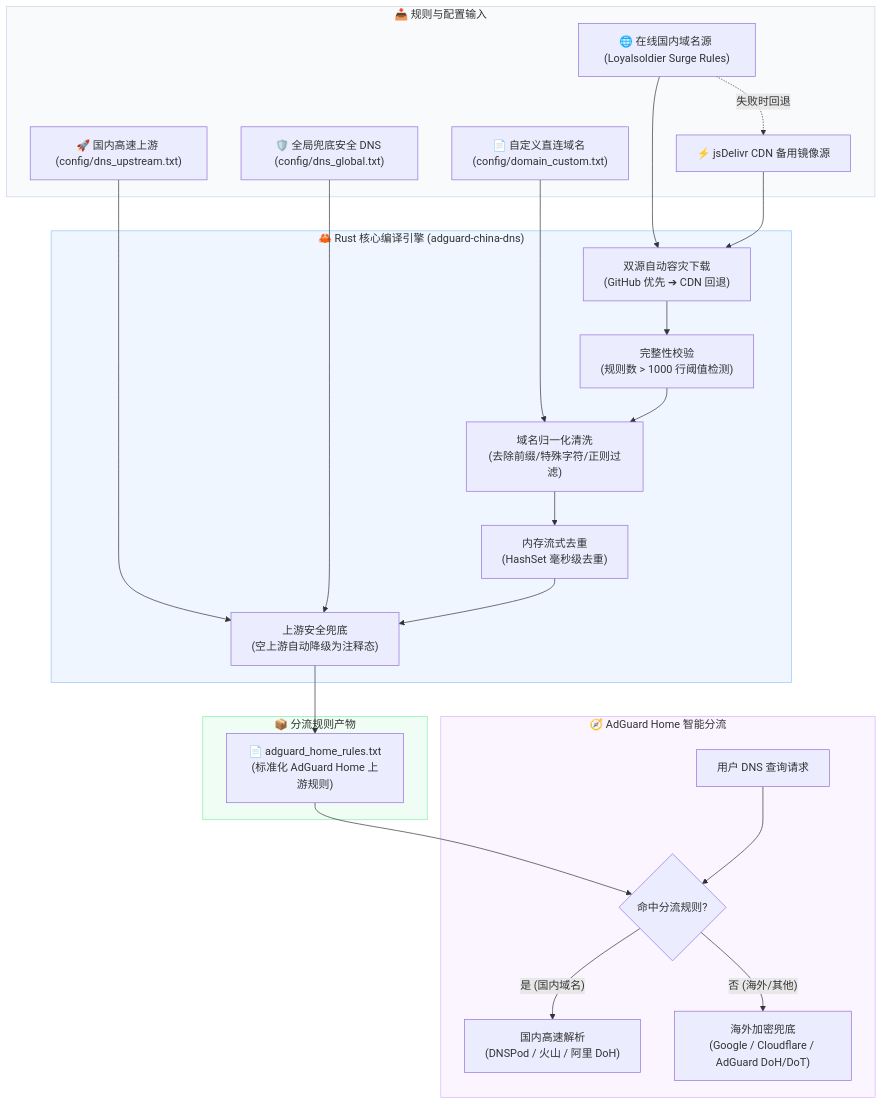
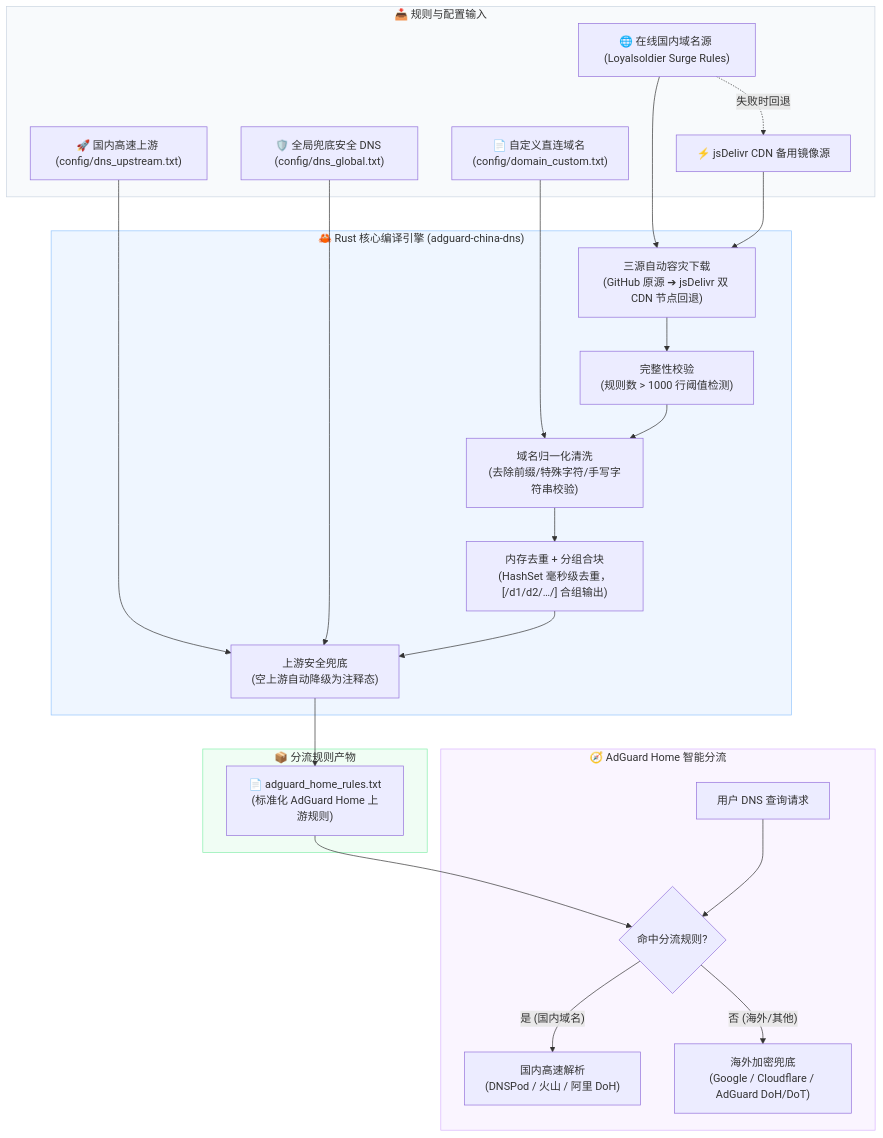
One commit to LianXia233/adguard-china-dns changed the diagram in README.md. Above: the diagram before and after it, drawn with Mermaid. The commit also changed other lines of this file and 9 other files, not shown here.

````diff
--- a/README.md
+++ b/README.md
@@ -53,46 +53,46 @@
 ```mermaid
 flowchart TD
     subgraph Sources["📥 规则与配置输入"]
         A1["🌐 在线国内域名源 (Loyalsoldier Surge Rules)"]
         A2["⚡ jsDelivr CDN 备用镜像源"]
         B1["📄 自定义直连域名 (config/domain_custom.txt)"]
         B2["🚀 国内高速上游 (config/dns_upstream.txt)"]
         B3["🛡️ 全局兜底安全 DNS (config/dns_global.txt)"]
     end
 
     subgraph Engine["🦀 Rust 核心编译引擎 (adguard-china-dns)"]
-        C1["双源自动容灾下载<br/>(GitHub 优先 ➔ CDN 回退)"]
+        C1["三源自动容灾下载<br/>(GitHub 原源 ➔ jsDelivr 双 CDN 节点回退)"]
         C2["完整性校验<br/>(规则数 > 1000 行阈值检测)"]
-        C3["域名归一化清洗<br/>(去除前缀/特殊字符/正则过滤)"]
-        C4["内存流式去重<br/>(HashSet 毫秒级去重)"]
+        C3["域名归一化清洗<br/>(去除前缀/特殊字符/手写字符串校验)"]
+        C4["内存去重 + 分组合块<br/>(HashSet 毫秒级去重，[/d1/d2/…/] 合组输出)"]
         C5["上游安全兜底<br/>(空上游自动降级为注释态)"]
     end
 
     subgraph Output["📦 分流规则产物"]
         D1["📄 adguard_home_rules.txt<br/>(标准化 AdGuard Home 上游规则)"]
     end
 
     subgraph Routing["🧭 AdGuard Home 智能分流"]
         E1["用户 DNS 查询请求"]
         E2{"命中分流规则?"}
         E3["国内高速解析<br/>(DNSPod / 火山 / 阿里 DoH)"]
         E4["海外加密兜底<br/>(Google / Cloudflare / AdGuard DoH/DoT)"]
     end
 
     A1 -. 失败时回退 .-> A2
     A1 --> C1
     A2 --> C1
     B1 --> C3
     B2 --> C5
     B3 --> C5
     C1 --> C2 --> C3 --> C4 --> C5 --> D1
     D1 --> E2
     E1 --> E2
     E2 -- 是 (国内域名) --> E3
     E2 -- 否 (海外/其他) --> E4
 
     style Sources fill:#f8fafc,stroke:#cbd5e1,stroke-width:1px
     style Engine fill:#eff6ff,stroke:#93c5fd,stroke-width:1px
     style Output fill:#f0fdf4,stroke:#86efac,stroke-width:1px
     style Routing fill:#faf5ff,stroke:#d8b4fe,stroke-width:1px
 ```
````
